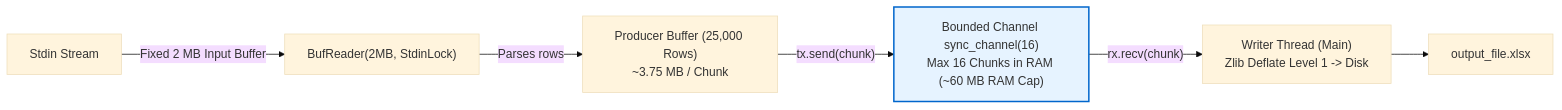
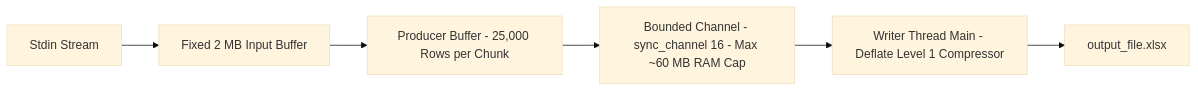
Before and after one commit to tomkhoailang/fast_csv: the first of 2 diagrams in ARCHITECTURE.md, drawn with Mermaid (base theme). The commit also changed other lines of this file, not shown here.

Commit message:
Simplify Mermaid graph syntax for clean GitHub rendering

````diff
--- a/ARCHITECTURE.md
+++ b/ARCHITECTURE.md
@@ -22,11 +22,8 @@
 ```mermaid
-flowchart LR
-    Stdin["Stdin Stream"] -->|"Fixed 2 MB Input Buffer"| BufReader["BufReader(2MB, StdinLock)"]
-    BufReader -->|"Parses rows"| ProducerBuf["Producer Buffer (25,000 Rows)\n~3.75 MB / Chunk"]
-    ProducerBuf -->|"tx.send(chunk)"| Channel["Bounded Channel sync_channel(16)\nMax 16 Chunks in RAM (~60 MB RAM Cap)"]
-    Channel -->|"rx.recv(chunk)"| Writer["Writer Thread (Main)\nZlib Deflate Level 1 -> Disk"]
-    Writer --> Output["output_file.xlsx"]
-
-    classDef memoryCap fill:#e6f3ff,stroke:#0066cc,stroke-width:2px;
-    class Channel memoryCap;
+graph LR
+    A["Stdin Stream"] --> B["Fixed 2 MB Input Buffer"]
+    B --> C["Producer Buffer - 25,000 Rows per Chunk"]
+    C --> D["Bounded Channel - sync_channel 16 - Max ~60 MB RAM Cap"]
+    D --> E["Writer Thread Main - Deflate Level 1 Compressor"]
+    E --> F["output_file.xlsx"]
 ```
````
